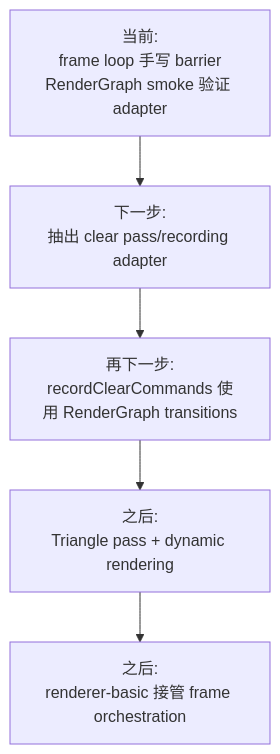
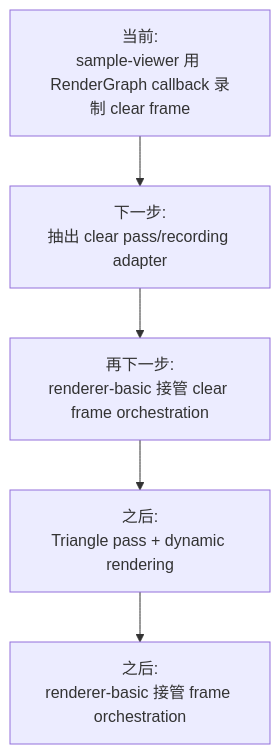
The seventh of 7 diagrams in docs/flow-architecture.md (66six11/Engine), drawn with Mermaid before and after one commit. The commit also changed other lines of this file and 4 other files, not shown here.

Commit message:
Route frame smoke through render graph callback

````diff
--- a/docs/flow-architecture.md
+++ b/docs/flow-architecture.md
@@ -185,10 +189,10 @@
 ```mermaid
 flowchart TD
-    Now["当前:<br/>frame loop 手写 barrier<br/>RenderGraph smoke 验证 adapter"]
+    Now["当前:<br/>sample-viewer 用 RenderGraph callback 录制 clear frame"]
     Step1["下一步:<br/>抽出 clear pass/recording adapter"]
-    Step2["再下一步:<br/>recordClearCommands 使用 RenderGraph transitions"]
+    Step2["再下一步:<br/>renderer-basic 接管 clear frame orchestration"]
     Step3["之后:<br/>Triangle pass + dynamic rendering"]
     Step4["之后:<br/>renderer-basic 接管 frame orchestration"]
 
     Now --> Step1 --> Step2 --> Step3 --> Step4
 ```
````
